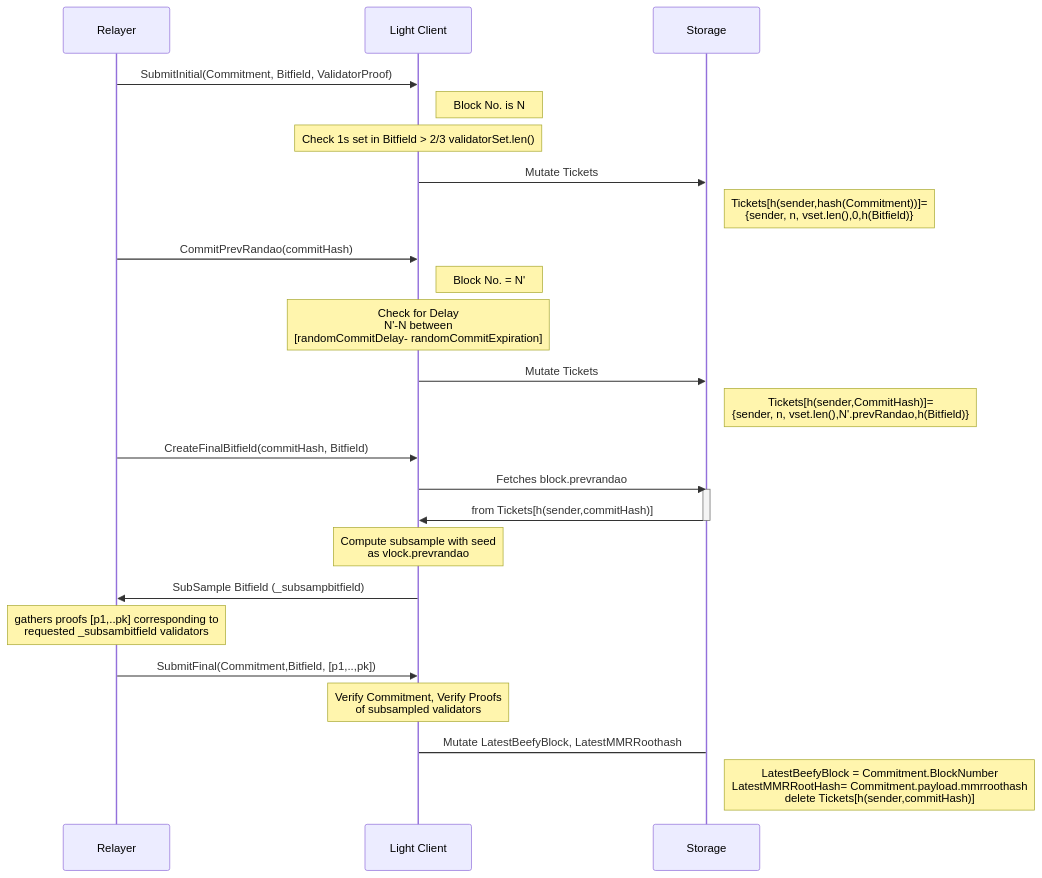
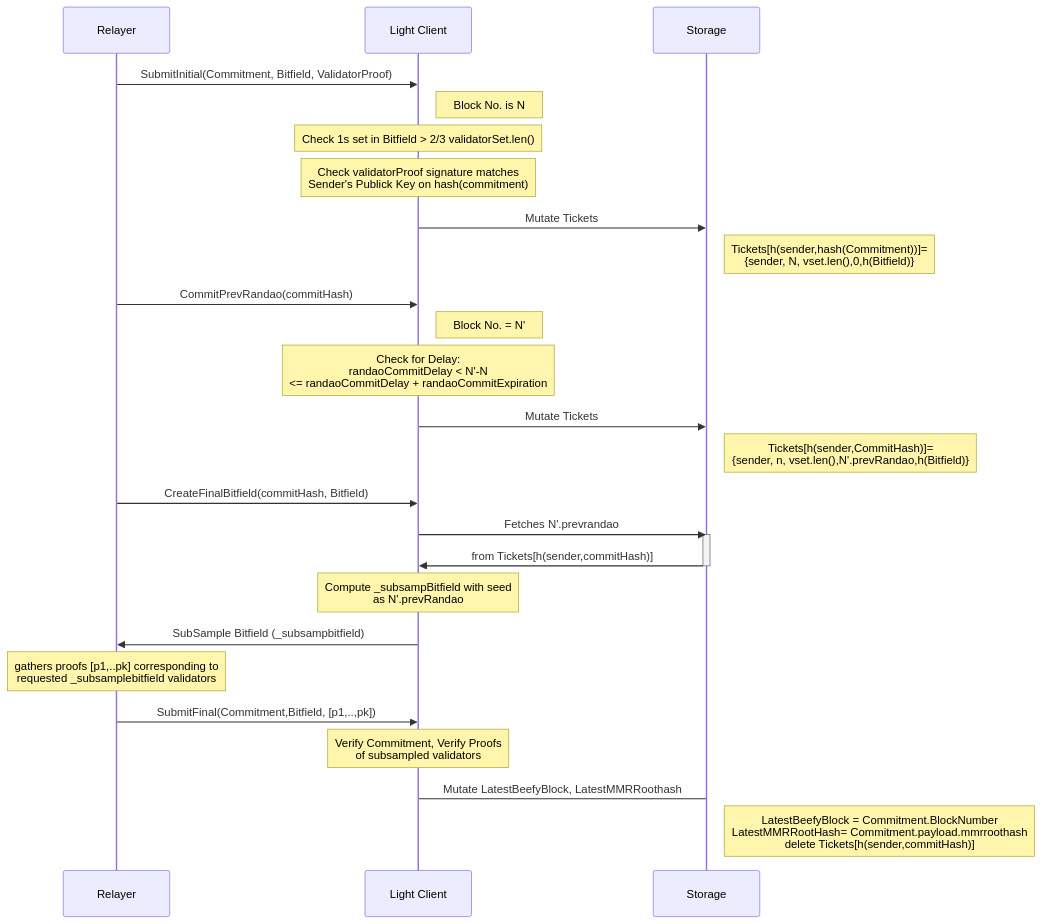
Before and after one commit to w3f/polkadot-spec: the diagram in docs/sect-finality.md, drawn with Mermaid. The commit also changed other lines of this file, not shown here.

````diff
--- a/docs/sect-finality.md
+++ b/docs/sect-finality.md
@@ -750,28 +753,29 @@
 ```mermaid
 sequenceDiagram
     participant R as Relayer
     participant L as Light Client
     participant S as Storage
     R->>L: SubmitInitial(Commitment, Bitfield, ValidatorProof)
     Note right of L: Block No. is N
     Note over L: Check 1s set in Bitfield > 2/3 validatorSet.len() 
+    Note over L: Check validatorProof signature matches <br> Sender's Publick Key on hash(commitment)
     L->>S: Mutate Tickets
-    Note right of S: Tickets[h(sender,hash(Commitment))]= <br> {sender, n, vset.len(),0,h(Bitfield)}
+    Note right of S: Tickets[h(sender,hash(Commitment))]= <br> {sender, N, vset.len(),0,h(Bitfield)}
     R->>L: CommitPrevRandao(commitHash)
     Note right of L: Block No. = N' 
-    Note over L: Check for Delay <br> N'-N between <br> [randomCommitDelay- randomCommitExpiration]
+    Note over L: Check for Delay: <br> randaoCommitDelay < N'-N  <br> <= randaoCommitDelay + randaoCommitExpiration
     L->>S: Mutate Tickets
     Note right of S: Tickets[h(sender,CommitHash)]= <br> {sender, n, vset.len(),N'.prevRandao,h(Bitfield)}
     R->>L: CreateFinalBitfield(commitHash, Bitfield) 
-    L->>S: Fetches block.prevrandao 
+    L->>S: Fetches N'.prevrandao 
     activate S
     S->>L: from Tickets[h(sender,commitHash)]
     deactivate S
-    Note over L: Compute subsample with seed <br> as vlock.prevrandao
+    Note over L: Compute _subsampBitfield with seed <br> as N'.prevRandao
     L->>R: SubSample Bitfield (_subsampbitfield)
-    Note over R: gathers proofs [p1,..pk] corresponding to <br> requested _subsambitfield validators
+    Note over R: gathers proofs [p1,..pk] corresponding to <br> requested _subsamplebitfield validators
     R->>L: SubmitFinal(Commitment,Bitfield, [p1,..,pk])
     Note over L: Verify Commitment, Verify Proofs <br> of subsampled validators
     L->S: Mutate LatestBeefyBlock, LatestMMRRoothash
     Note right of S: LatestBeefyBlock = Commitment.BlockNumber <br> LatestMMRRootHash= Commitment.payload.mmrroothash <br> delete Tickets[h(sender,commitHash)]
 ```
````
